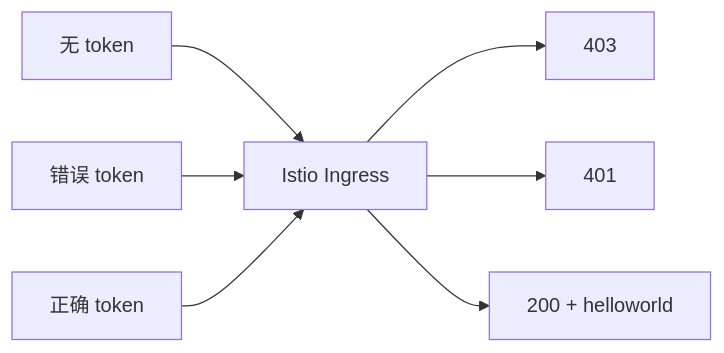
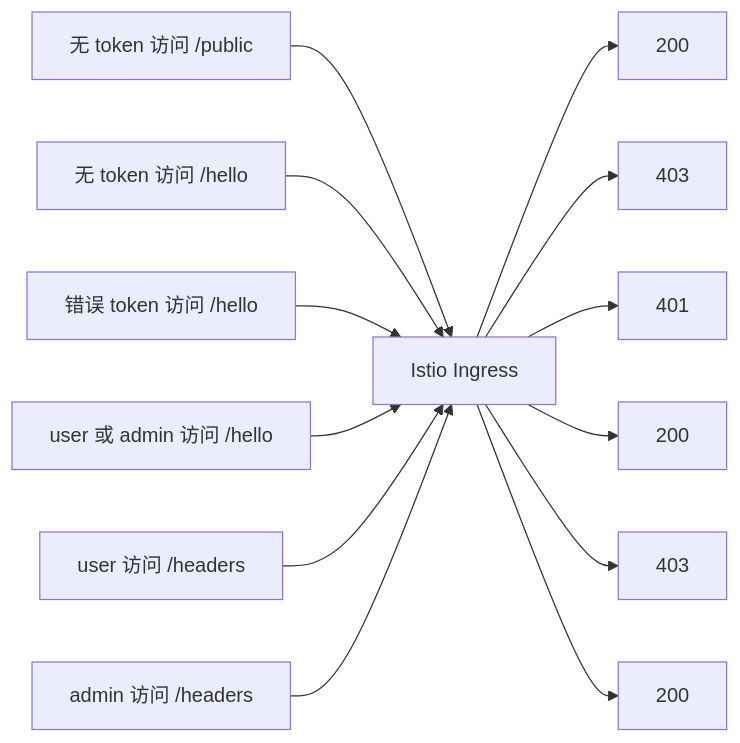
One commit to hwang-protocol/docker_k8s_2026 changed the fifth of 7 diagrams in k8s/05-security-and-zero-trust/docs/05_enable_jwt_and_mesh_security.md. Above: the diagram before and after it, drawn with Mermaid. The commit also changed other lines of this file and 2 other files, not shown here.

````diff
--- a/k8s/05-security-and-zero-trust/docs/05_enable_jwt_and_mesh_security.md
+++ b/k8s/05-security-and-zero-trust/docs/05_enable_jwt_and_mesh_security.md
@@ -479,9 +487,15 @@
 ```mermaid
 flowchart LR
-    c1[无 token] --> ingress[Istio Ingress]
-    c2[错误 token] --> ingress
-    c3[正确 token] --> ingress
+    c0[无 token 访问 /public] --> ingress[Istio Ingress]
+    c1[无 token 访问 /hello] --> ingress
+    c2[错误 token 访问 /hello] --> ingress
+    c3[user 或 admin 访问 /hello] --> ingress
+    c4[user 访问 /headers] --> ingress
+    c5[admin 访问 /headers] --> ingress
+    ingress --> r0[200]
     ingress --> r1[403]
     ingress --> r2[401]
-    ingress --> r3[200 + helloworld]
+    ingress --> r3[200]
+    ingress --> r4[403]
+    ingress --> r5[200]
 ```
````
